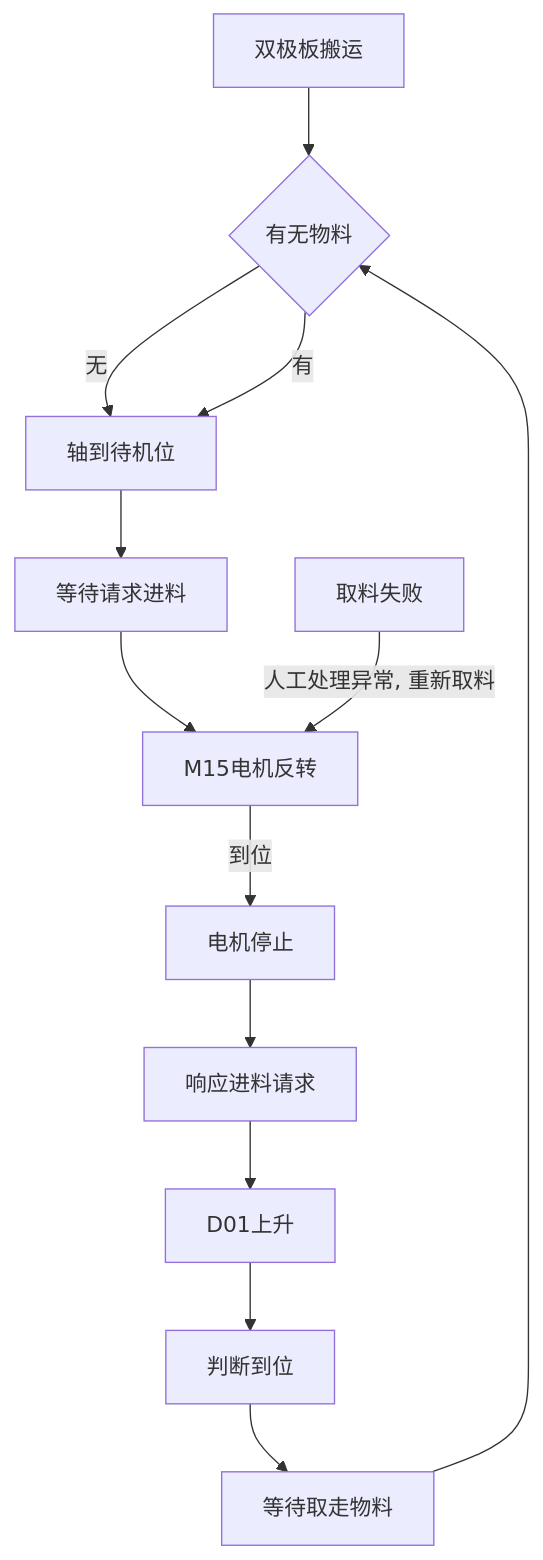
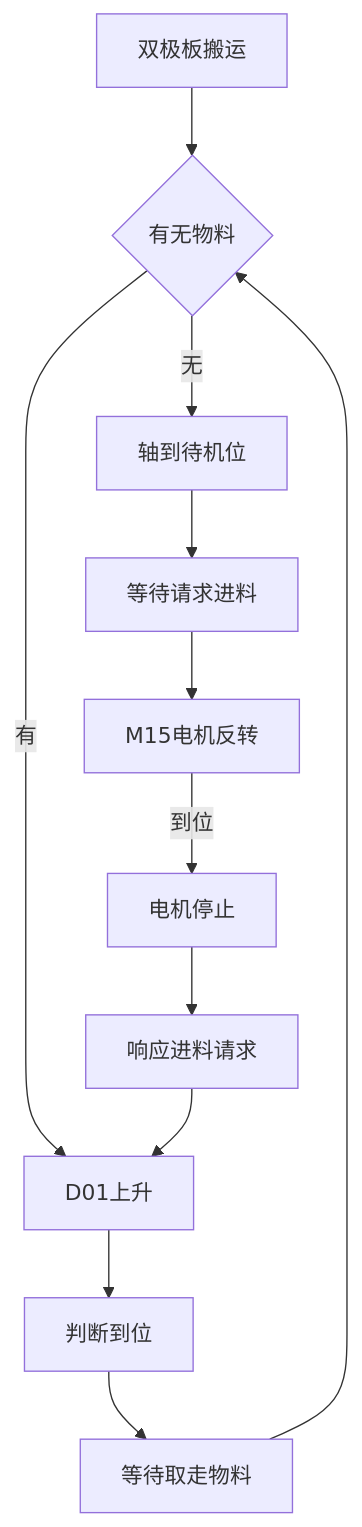
One commit to PengKun1/iodraw-files changed the diagram in all/未命名-1.md. Above: the diagram before and after it, drawn with Mermaid.

Commit message:
2024-08-20 11:04:04 update

````diff
--- a/all/未命名-1.md
+++ b/all/未命名-1.md
@@ -1,16 +1,14 @@
 ```mermaid
 graph TD
 0[双极板搬运]-->10
 10{有无物料}-->|无|20
-10-->|有|20
+10-->|有|70
 20[轴到待机位]-->30
 30[等待请求进料]-->40
 40[M15电机反转]-->|到位|50
 50[电机停止]-->60
 60[响应进料请求]-->70
 70[D01上升]-->80
 80[判断到位]-->90
 90[等待取走物料]-->10
-
-900[取料失败]-->|人工处理异常, 重新取料|40
 ```
````
